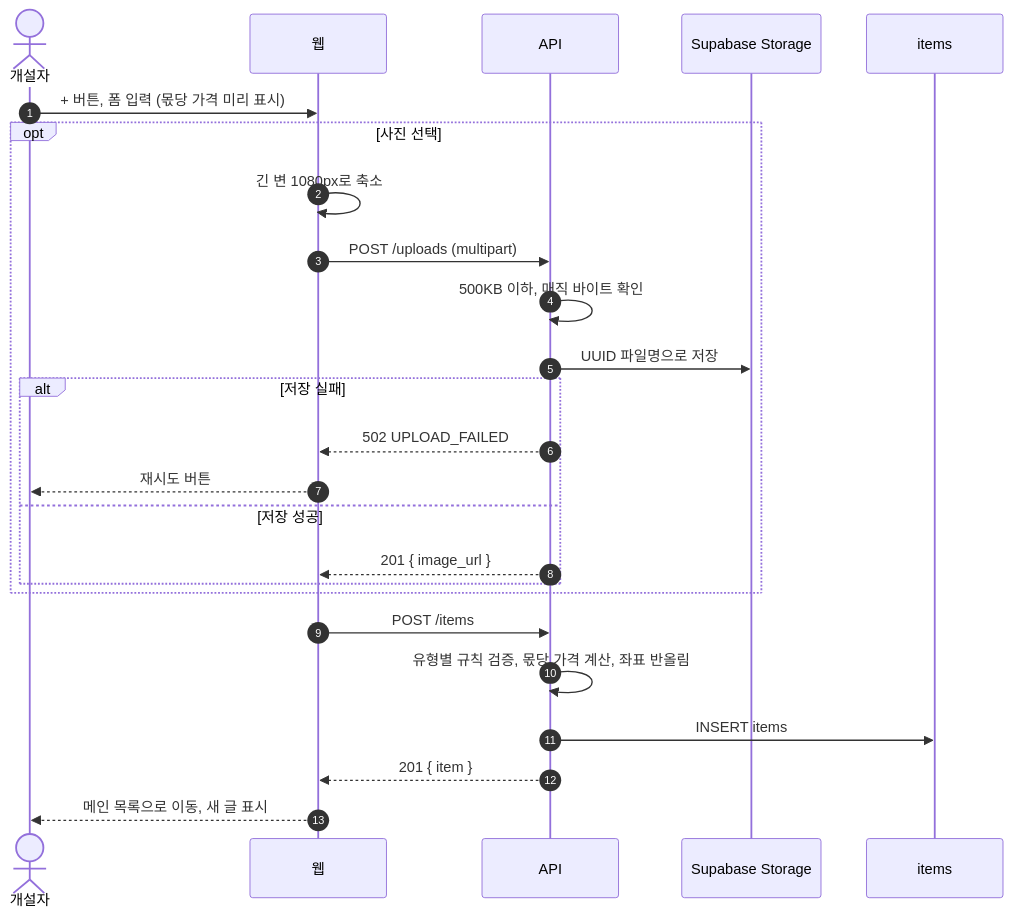
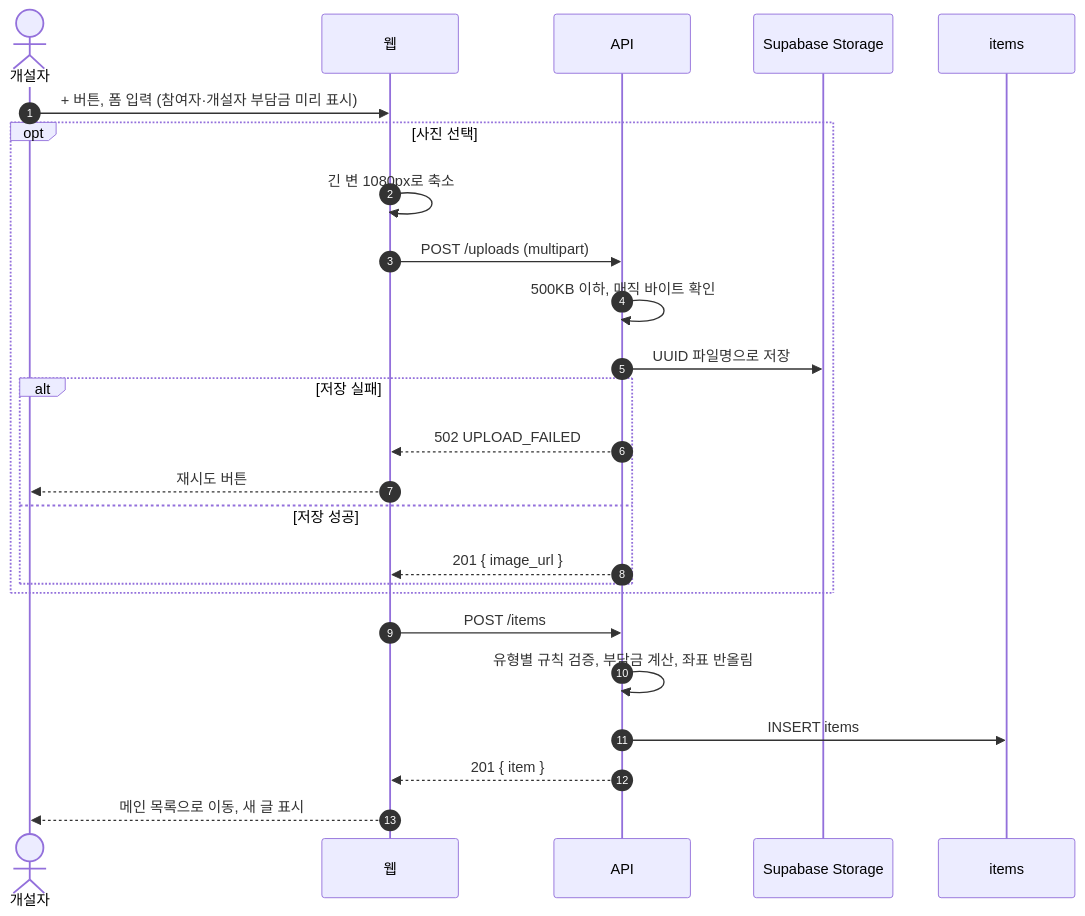
Before and after one commit to hgoose-avatye/together: the sixth of 11 diagrams in gachi-spec.md, drawn with Mermaid. The commit also changed other lines of this file and 2 other files, not shown here.

First line of the commit message:
기획서 v3.3: 부담금 규칙 변경

````diff
--- a/gachi-spec.md
+++ b/gachi-spec.md
@@ -492,28 +496,28 @@
 ```mermaid
 sequenceDiagram
     autonumber
     actor Owner as 개설자
     participant Web as 웹
     participant API as API
     participant Storage as Supabase Storage
     participant DB as items
 
-    Owner->>Web: + 버튼, 폼 입력 (몫당 가격 미리 표시)
+    Owner->>Web: + 버튼, 폼 입력 (참여자·개설자 부담금 미리 표시)
     opt 사진 선택
         Web->>Web: 긴 변 1080px로 축소
         Web->>API: POST /uploads (multipart)
         API->>API: 500KB 이하, 매직 바이트 확인
         API->>Storage: UUID 파일명으로 저장
         alt 저장 실패
             API-->>Web: 502 UPLOAD_FAILED
             Web-->>Owner: 재시도 버튼
         else 저장 성공
             API-->>Web: 201 { image_url }
         end
     end
     Web->>API: POST /items
-    API->>API: 유형별 규칙 검증, 몫당 가격 계산, 좌표 반올림
+    API->>API: 유형별 규칙 검증, 부담금 계산, 좌표 반올림
     API->>DB: INSERT items
     API-->>Web: 201 { item }
     Web-->>Owner: 메인 목록으로 이동, 새 글 표시
 ```
````
